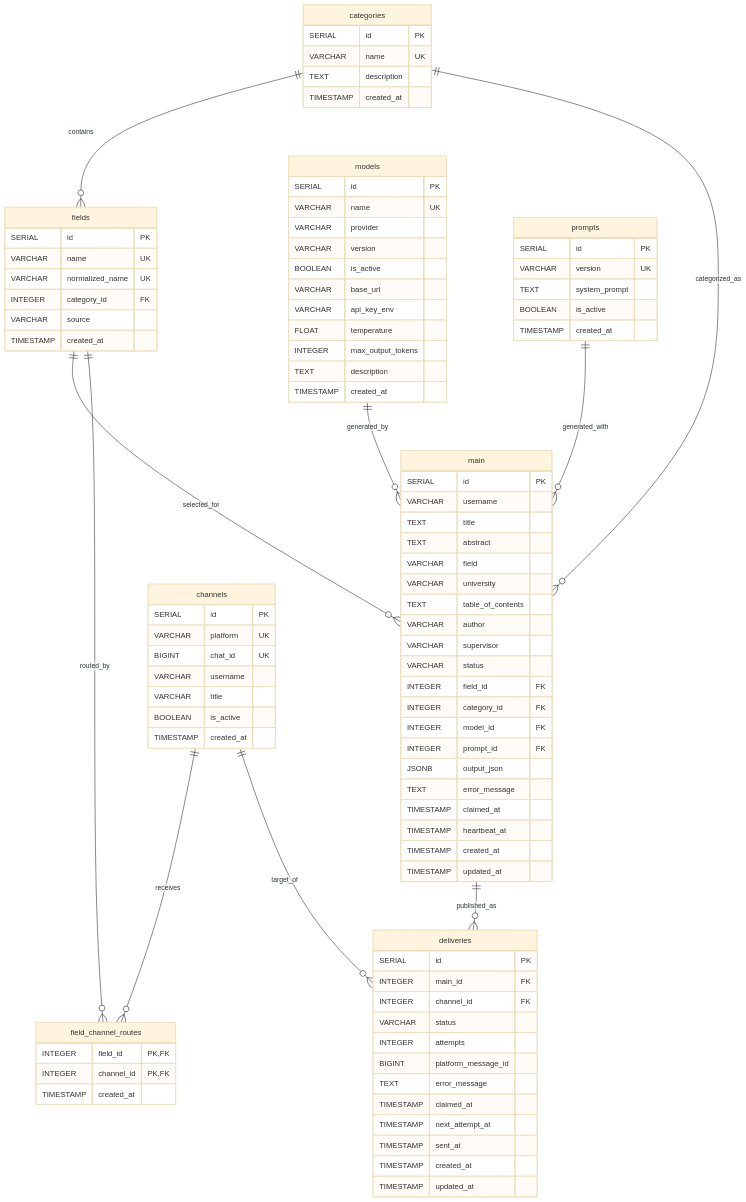
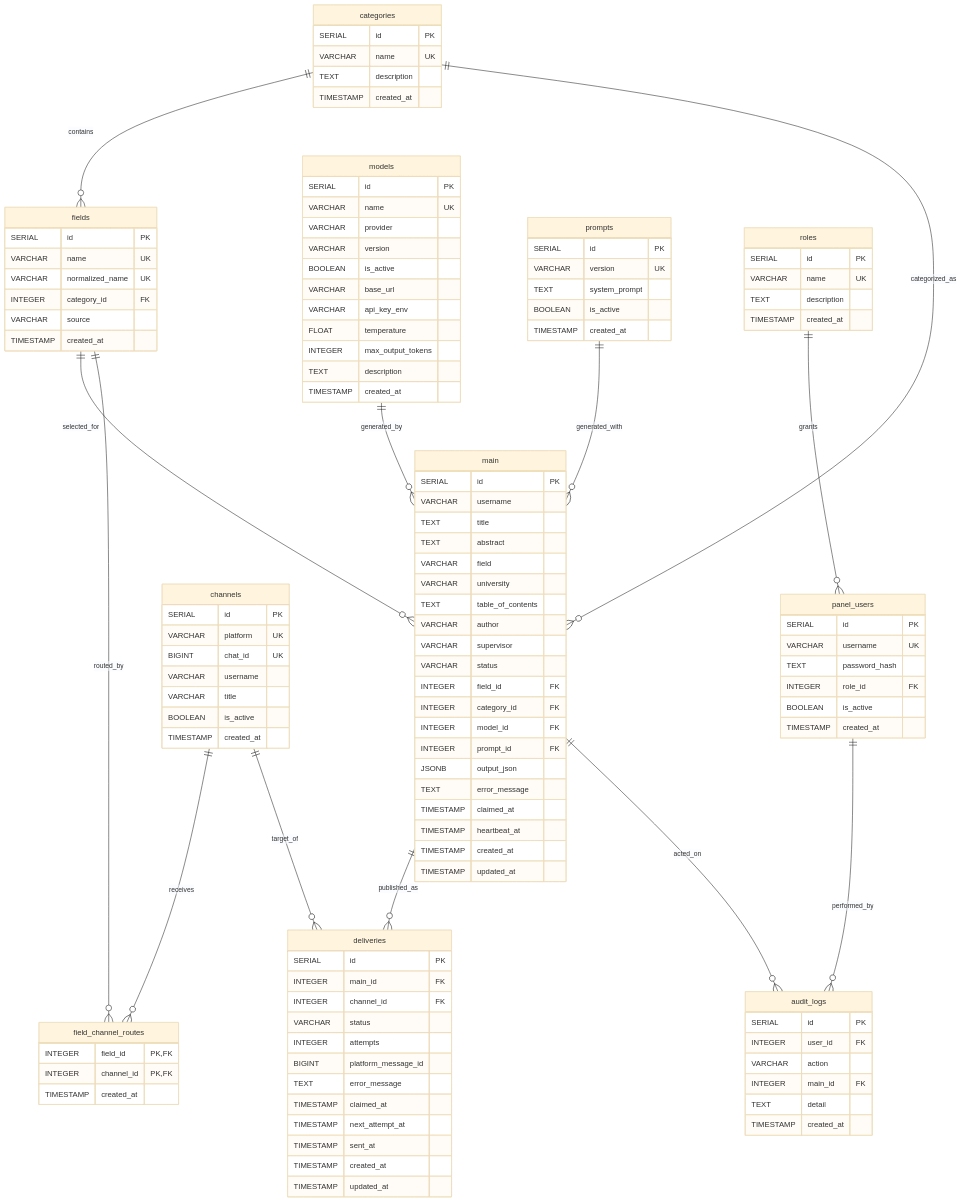
One commit to MohadeseAnsari/project changed the diagram in docs/erd.md. Above: the diagram before and after it, drawn with Mermaid (base theme). The commit also changed 6 other files, not shown here.

Commit message:
feat(db): panel users roles and audit trail

```diff
--- a/docs/erd.md
+++ b/docs/erd.md
@@ -11,6 +11,9 @@
     channels ||--o{ field_channel_routes : "receives"
     channels ||--o{ deliveries : "target_of"
     main ||--o{ deliveries : "published_as"
+    roles ||--o{ panel_users : "grants"
+    panel_users ||--o{ audit_logs : "performed_by"
+    main ||--o{ audit_logs : "acted_on"
 
     categories {
         SERIAL id PK
@@ -73,6 +76,31 @@
         TIMESTAMP updated_at
     }
 
+    roles {
+        SERIAL id PK
+        VARCHAR name UK
+        TEXT description
+        TIMESTAMP created_at
+    }
+
+    panel_users {
+        SERIAL id PK
+        VARCHAR username UK
+        TEXT password_hash
+        INTEGER role_id FK
+        BOOLEAN is_active
+        TIMESTAMP created_at
+    }
+
+    audit_logs {
+        SERIAL id PK
+        INTEGER user_id FK
+        VARCHAR action
+        INTEGER main_id FK
+        TEXT detail
+        TIMESTAMP created_at
+    }
+
     channels {
         SERIAL id PK
         VARCHAR platform UK
```
